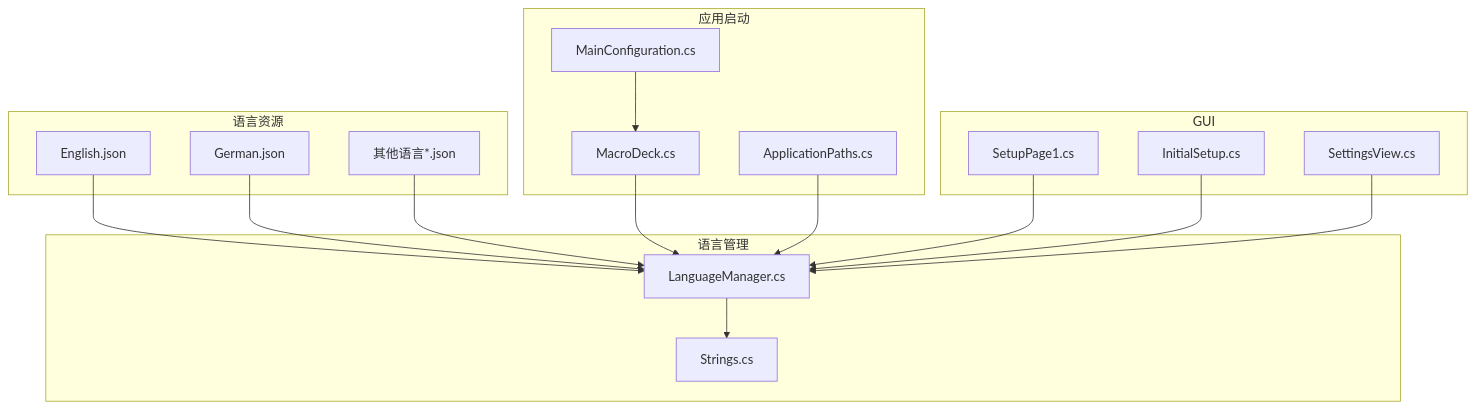
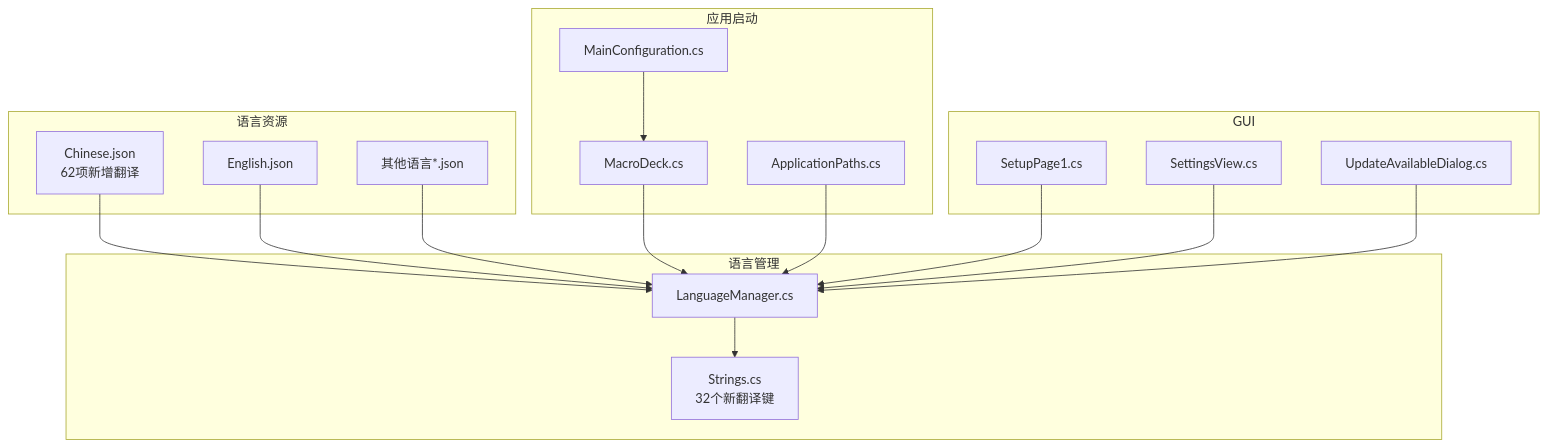
One commit to tea4go/Macro-Deck changed the first of 5 diagrams in .qoder/repowiki/zh/content/国际化系统/国际化系统.md. Above: the diagram before and after it, drawn with Mermaid. The commit also changed other lines of this file and 32 other files, not shown here.

````diff
--- a/.qoder/repowiki/zh/content/国际化系统/国际化系统.md
+++ b/.qoder/repowiki/zh/content/国际化系统/国际化系统.md
@@ -51,32 +60,32 @@
 ```mermaid
 graph TB
 subgraph "语言资源"
+C["Chinese.json<br/>62项新增翻译"]
 E["English.json"]
-G["German.json"]
 L["其他语言*.json"]
 end
 subgraph "语言管理"
 LM["LanguageManager.cs"]
-STR["Strings.cs"]
+STR["Strings.cs<br/>32个新翻译键"]
 end
 subgraph "应用启动"
 MD["MacroDeck.cs"]
 CFG["MainConfiguration.cs"]
 AP["ApplicationPaths.cs"]
 end
 subgraph "GUI"
 SP1["SetupPage1.cs"]
-IS["InitialSetup.cs"]
 SV["SettingsView.cs"]
+UAD["UpdateAvailableDialog.cs"]
 end
+C --> LM
 E --> LM
-G --> LM
 L --> LM
 LM --> STR
 MD --> LM
 CFG --> MD
 AP --> LM
 SP1 --> LM
-IS --> LM
 SV --> LM
+UAD --> LM
 ```
````
